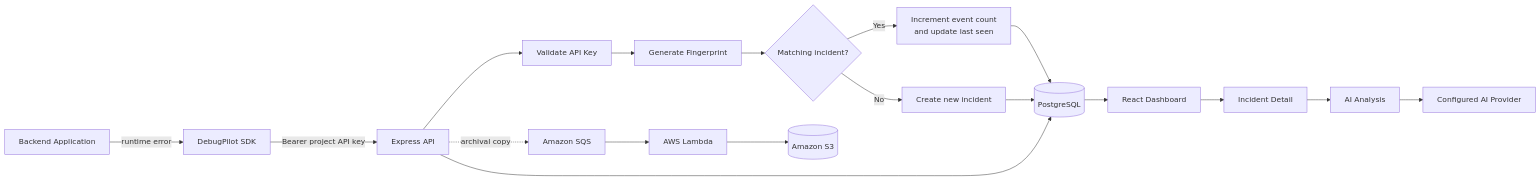
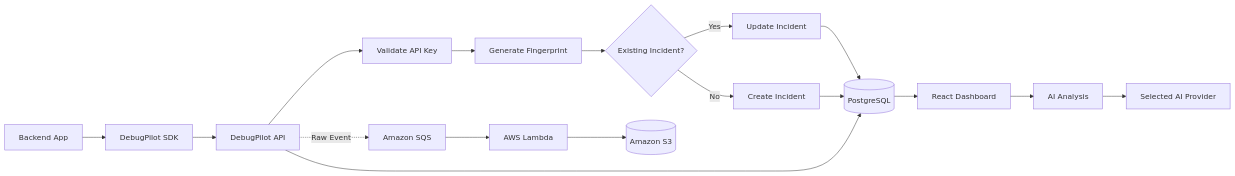
The diagram in README.md (TiwariHarshita/doctorDebug), drawn with Mermaid before and after one commit. The commit also changed other lines of this file, not shown here.

Commit message:
updated project description

````diff
--- a/README.md
+++ b/README.md
@@ -69,25 +76,22 @@
 ```mermaid
 flowchart LR
-    A[Backend Application] -->|runtime error| B[DebugPilot SDK]
-    B -->|Bearer project API key| C[Express API]
-
+    A[Backend App] --> B[DebugPilot SDK]
+    B --> C[DebugPilot API]
     C --> D[Validate API Key]
     D --> E[Generate Fingerprint]
-    E --> F{Matching incident?}
-
-    F -->|Yes| G[Increment event count\nand update last seen]
-    F -->|No| H[Create new incident]
+    E --> F{Existing Incident?}
+    F -->|Yes| G[Update Incident]
+    F -->|No| H[Create Incident]
 
     G --> I[(PostgreSQL)]
     H --> I
     C --> I
 
-    C -. archival copy .-> J[Amazon SQS]
+    C -. Raw Event .-> J[Amazon SQS]
     J --> K[AWS Lambda]
     K --> L[(Amazon S3)]
 
     I --> M[React Dashboard]
-    M --> N[Incident Detail]
-    N --> O[AI Analysis]
-    O --> P[Configured AI Provider]
+    M --> N[AI Analysis]
+    N --> O[Selected AI Provider]
 ```
````
